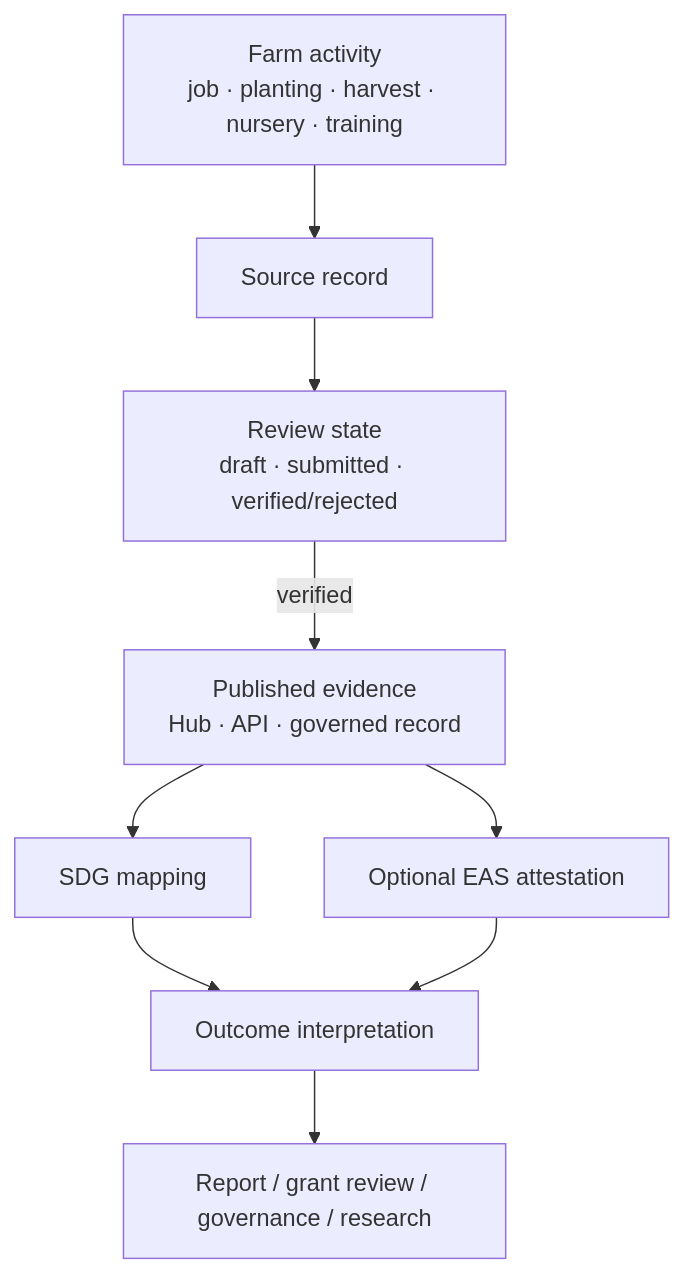
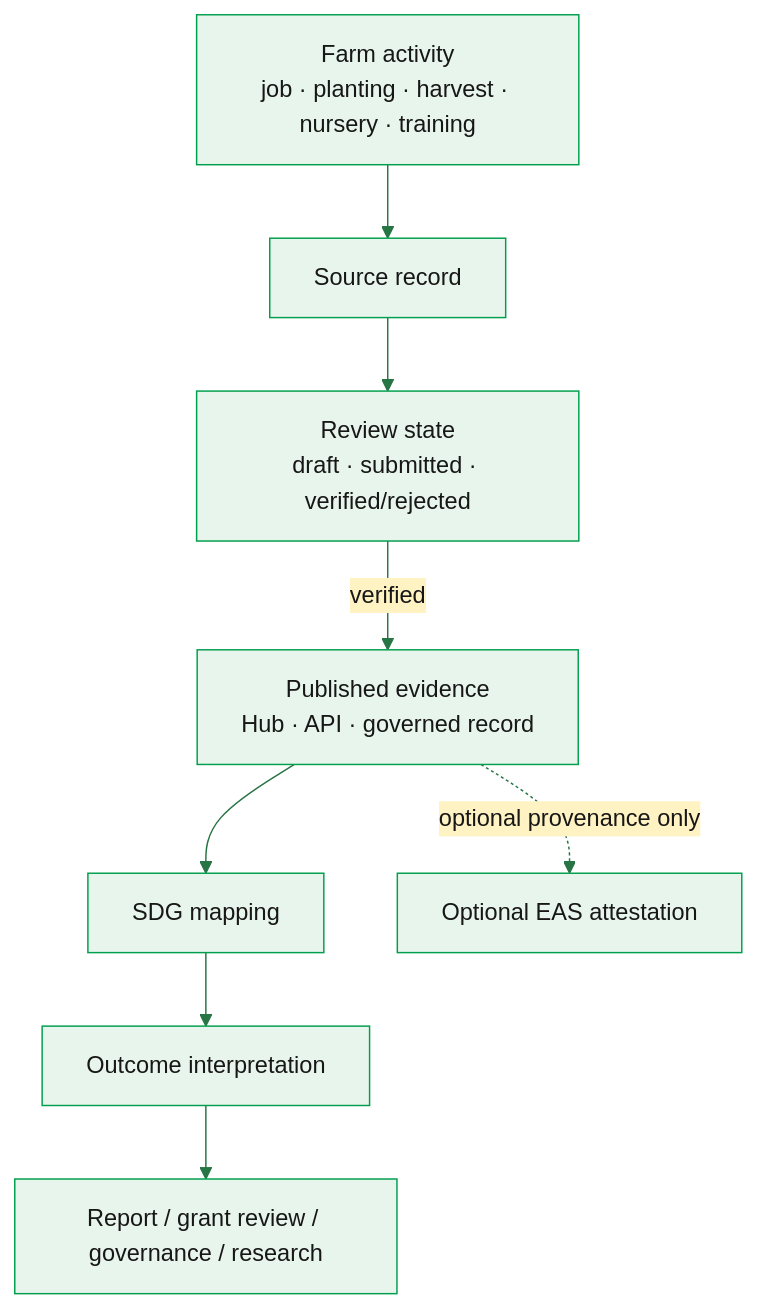
The second of 3 diagrams in ecosystem-wiki/kokonut-farms/adelphi/sustainable-development-goals.mdx (wasalo/Kokonut-Public-Site), drawn with Mermaid before and after one commit. The commit also changed other lines of this file and 9 other files, not shown here.

Commit message:
style(mermaid): align capital, regenerative practice, SDG and farm case-study diagrams

````diff
--- a/ecosystem-wiki/kokonut-farms/adelphi/sustainable-development-goals.mdx
+++ b/ecosystem-wiki/kokonut-farms/adelphi/sustainable-development-goals.mdx
@@ -81,12 +82,13 @@
 ```mermaid
+%%{init: {"theme":"base","themeVariables":{"primaryColor":"#e8f5ec","primaryTextColor":"#171717","primaryBorderColor":"#009F4D","secondaryColor":"#fff3c4","tertiaryColor":"#ffffff","lineColor":"#277445","fontFamily":"Inter, Arial, sans-serif"}}}%%
 flowchart TD
     A["Farm activity<br/>job · planting · harvest · nursery · training"] --> B["Source record"]
     B --> C["Review state<br/>draft · submitted · verified/rejected"]
     C -->|verified| D["Published evidence<br/>Hub · API · governed record"]
     D --> E["SDG mapping"]
     E --> F["Outcome interpretation"]
     F --> G["Report / grant review / governance / research"]
 
-    D --> H["Optional EAS attestation"]
-    H --> F
+    D -.->|"optional provenance only"| H["Optional EAS attestation"]
+    %% The attestation does not independently prove SDG outcomes.
 ```
````
